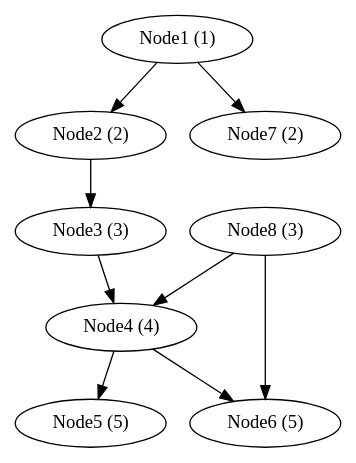
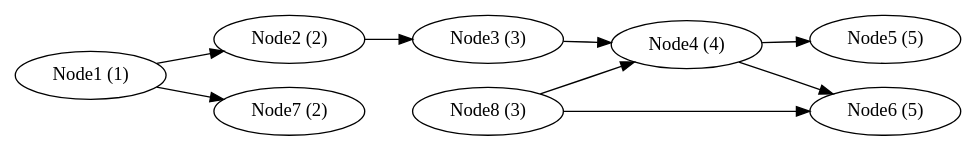
The diagram in graphs/graph_test.dot (pranavvarmaraja/sifting), drawn with Graphviz before and after one commit. The commit also changed 2 other files, not shown here.

```diff
--- a/graphs/graph_test.dot
+++ b/graphs/graph_test.dot
@@ -1,43 +1,48 @@
 strict digraph "" {
-	node [label="\N"];
+	graph [
+		rankdir="LR",
+	]
+	node [
+		label="\N",
+	];
 	Node1	[
 		label="Node1 (1)",
 		type="AWS::Node",
 		];
 	Node2	[
 		label="Node2 (2)",
 		type="AWS::Node",
 		];
 	Node3	[
 		label="Node3 (3)",
 		type="AWS::Node",
 		];
 	Node4	[
 		label="Node4 (4)",
 		type="AWS::Node",
 		];
 	Node5	[
 		label="Node5 (5)",
 		type="AWS::Node",
 		];
 	Node6	[
 		label="Node6 (5)",
 		type="AWS::Node"
 		];
 	Node7	[
 		label="Node7 (2)",
 		type="AWS::Node",
 		];
 	Node8	[
 		label="Node8 (3)",
 		type="AWS::Node",
 		];
 	Node1 -> Node2;
 	Node1 -> Node7;
 	Node2 -> Node3;
 	Node3 -> Node4;
 	Node4 -> Node5;
 	Node4 -> Node6;
 	Node8 -> Node4;
 	Node8 -> Node6;
 }
```
